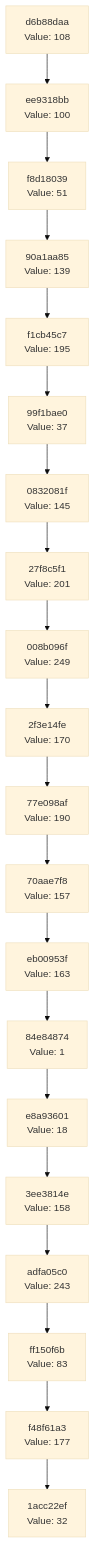
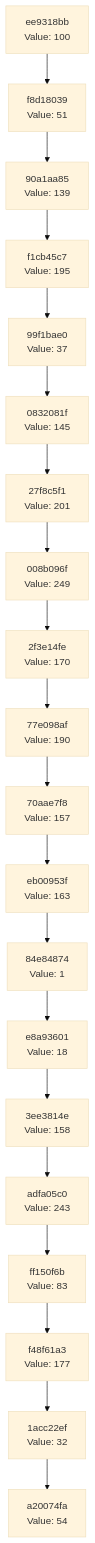
One commit to Abhisheksinha1506/hash-chain-evolver changed the diagram in docs/CHAIN_VISUALIZATION.md. Above: the diagram before and after it, drawn with Mermaid (base theme). The commit also changed 2 other files, not shown here.

Commit message:
Evolution step: hash 0x36 → action executed

````diff
--- a/docs/CHAIN_VISUALIZATION.md
+++ b/docs/CHAIN_VISUALIZATION.md
@@ -3,42 +3,42 @@
 ```mermaid
 graph TD
-    C0["1acc22ef<br/>Value: 32"]
-    C1["f48f61a3<br/>Value: 177"]
+    C0["a20074fa<br/>Value: 54"]
+    C1["1acc22ef<br/>Value: 32"]
     C1 --> C0
-    C2["ff150f6b<br/>Value: 83"]
+    C2["f48f61a3<br/>Value: 177"]
     C2 --> C1
-    C3["adfa05c0<br/>Value: 243"]
+    C3["ff150f6b<br/>Value: 83"]
     C3 --> C2
-    C4["3ee3814e<br/>Value: 158"]
+    C4["adfa05c0<br/>Value: 243"]
     C4 --> C3
-    C5["e8a93601<br/>Value: 18"]
+    C5["3ee3814e<br/>Value: 158"]
     C5 --> C4
-    C6["84e84874<br/>Value: 1"]
+    C6["e8a93601<br/>Value: 18"]
     C6 --> C5
-    C7["eb00953f<br/>Value: 163"]
+    C7["84e84874<br/>Value: 1"]
     C7 --> C6
-    C8["70aae7f8<br/>Value: 157"]
+    C8["eb00953f<br/>Value: 163"]
     C8 --> C7
-    C9["77e098af<br/>Value: 190"]
+    C9["70aae7f8<br/>Value: 157"]
     C9 --> C8
-    C10["2f3e14fe<br/>Value: 170"]
+    C10["77e098af<br/>Value: 190"]
     C10 --> C9
-    C11["008b096f<br/>Value: 249"]
+    C11["2f3e14fe<br/>Value: 170"]
     C11 --> C10
-    C12["27f8c5f1<br/>Value: 201"]
+    C12["008b096f<br/>Value: 249"]
     C12 --> C11
-    C13["0832081f<br/>Value: 145"]
+    C13["27f8c5f1<br/>Value: 201"]
     C13 --> C12
-    C14["99f1bae0<br/>Value: 37"]
+    C14["0832081f<br/>Value: 145"]
     C14 --> C13
-    C15["f1cb45c7<br/>Value: 195"]
+    C15["99f1bae0<br/>Value: 37"]
     C15 --> C14
-    C16["90a1aa85<br/>Value: 139"]
+    C16["f1cb45c7<br/>Value: 195"]
     C16 --> C15
-    C17["f8d18039<br/>Value: 51"]
+    C17["90a1aa85<br/>Value: 139"]
     C17 --> C16
-    C18["ee9318bb<br/>Value: 100"]
+    C18["f8d18039<br/>Value: 51"]
     C18 --> C17
-    C19["d6b88daa<br/>Value: 108"]
+    C19["ee9318bb<br/>Value: 100"]
     C19 --> C18
 ```
````
